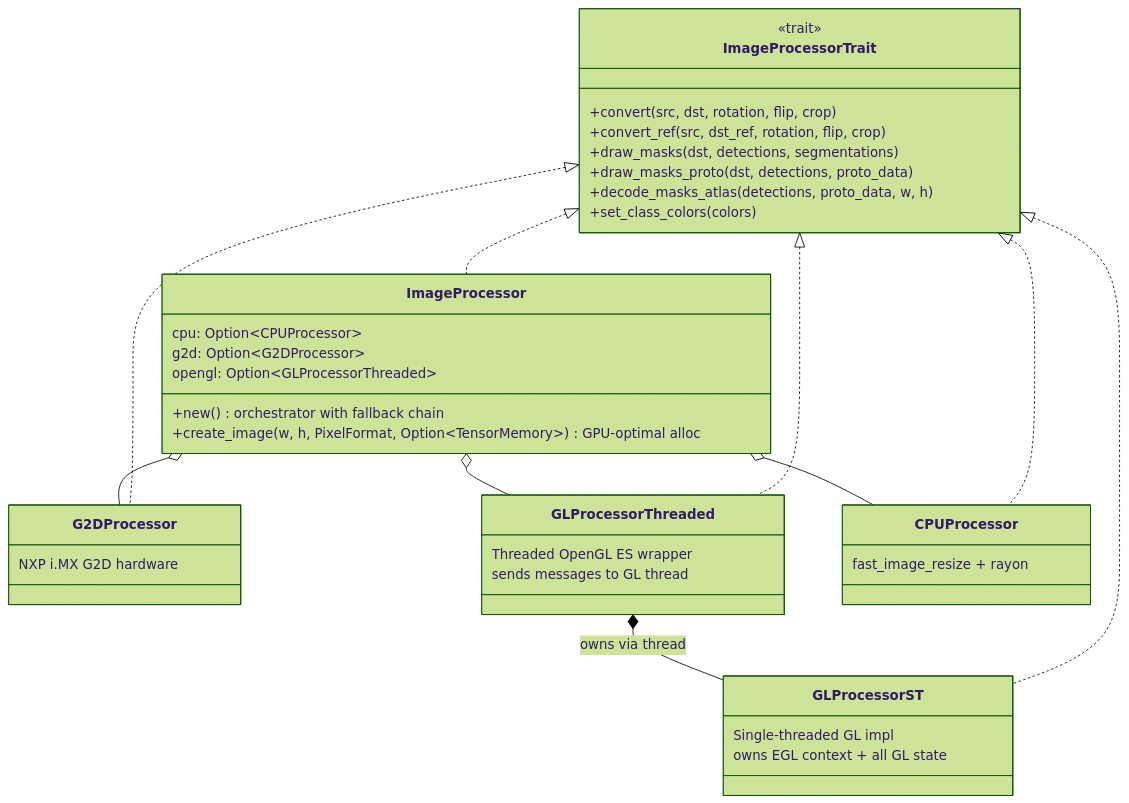
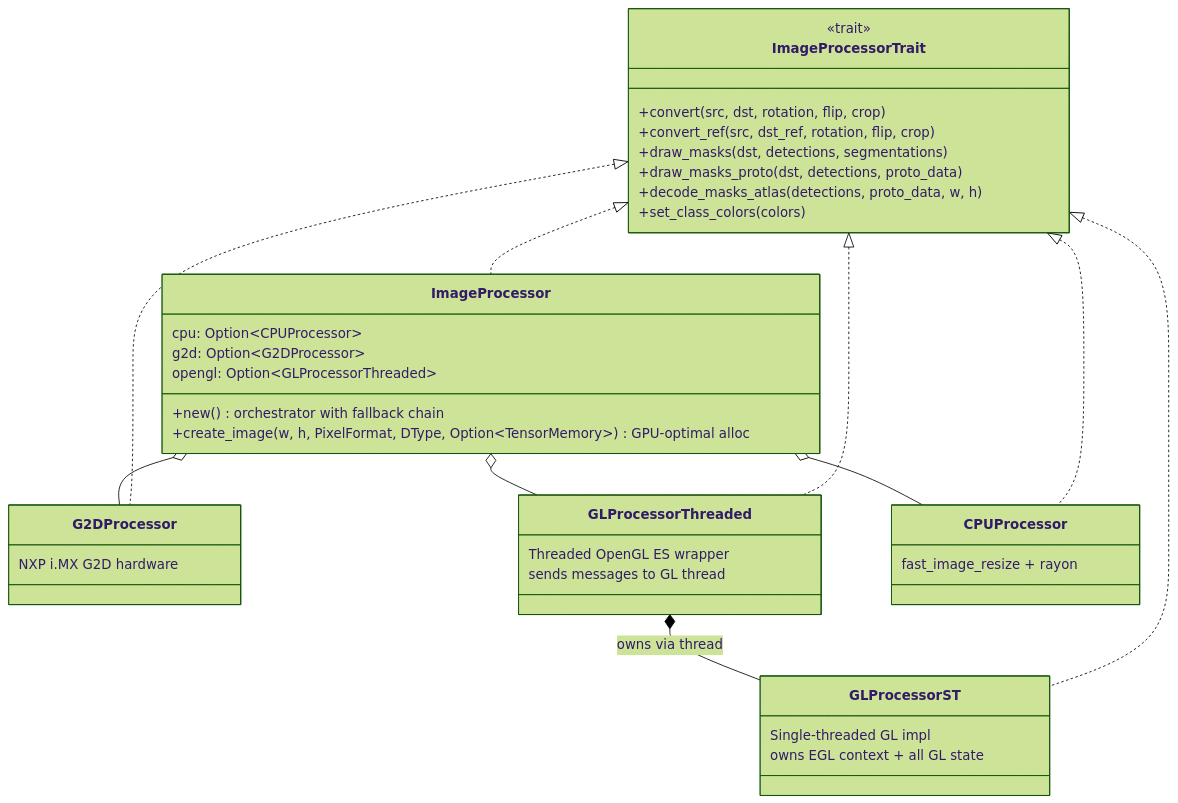
One commit to EdgeFirstAI/hal changed the fourth of 12 diagrams in ARCHITECTURE.md. Above: the diagram before and after it, drawn with Mermaid (forest theme). The commit also changed other lines of this file and 16 other files, not shown here.

First line of the commit message:
EDGEAI-1087: add dtype parameter to create_image across all APIs

````diff
--- a/ARCHITECTURE.md
+++ b/ARCHITECTURE.md
@@ -156,48 +156,48 @@
 ```mermaid
 classDiagram
     class ImageProcessorTrait {
         <<trait>>
         +convert(src, dst, rotation, flip, crop)
         +convert_ref(src, dst_ref, rotation, flip, crop)
         +draw_masks(dst, detections, segmentations)
         +draw_masks_proto(dst, detections, proto_data)
         +decode_masks_atlas(detections, proto_data, w, h)
         +set_class_colors(colors)
     }
 
     class ImageProcessor {
         cpu: Option~CPUProcessor~
         g2d: Option~G2DProcessor~
         opengl: Option~GLProcessorThreaded~
         +new() orchestrator with fallback chain
-        +create_image(w, h, PixelFormat, Option~TensorMemory~) GPU-optimal alloc
+        +create_image(w, h, PixelFormat, DType, Option~TensorMemory~) GPU-optimal alloc
     }
 
     class G2DProcessor {
         NXP i.MX G2D hardware
     }
 
     class GLProcessorThreaded {
         Threaded OpenGL ES wrapper
         sends messages to GL thread
     }
 
     class GLProcessorST {
         Single-threaded GL impl
         owns EGL context + all GL state
     }
 
     class CPUProcessor {
         fast_image_resize + rayon
     }
 
     ImageProcessorTrait <|.. ImageProcessor
     ImageProcessorTrait <|.. G2DProcessor
     ImageProcessorTrait <|.. GLProcessorThreaded
     ImageProcessorTrait <|.. GLProcessorST
     ImageProcessorTrait <|.. CPUProcessor
     ImageProcessor o-- G2DProcessor
     ImageProcessor o-- GLProcessorThreaded
     ImageProcessor o-- CPUProcessor
     GLProcessorThreaded *-- GLProcessorST : owns via thread
 ```
````
